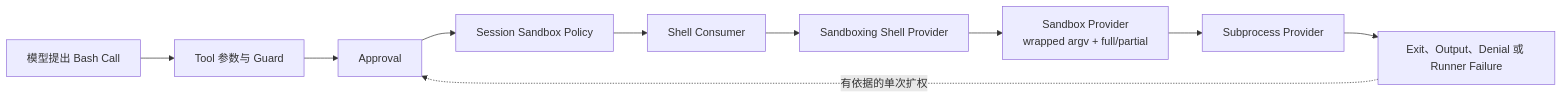
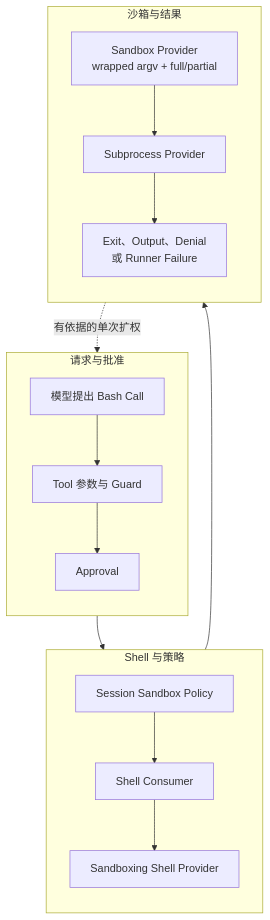
One commit to specialpointcentral/harness changed the third of 3 diagrams in docs/harness-survey/27_deepseek_harness.md. Above: the diagram before and after it, drawn with Mermaid. The commit also changed other lines of this file and 18 other files, not shown here.

First line of the commit message:
docs: improve diagram layouts and tidy supporting files

````diff
--- a/docs/harness-survey/27_deepseek_harness.md
+++ b/docs/harness-survey/27_deepseek_harness.md
@@ -142,15 +159,27 @@
 ```mermaid
-flowchart LR
-  Q[模型提出 Bash Call]
-  V[Tool 参数与 Guard]
-  A[Approval]
-  P[Session Sandbox Policy]
-  H[Shell Consumer]
-  B[Sandboxing Shell Provider]
-  S[Sandbox Provider<br/>wrapped argv + full/partial]
-  X[Subprocess Provider]
-  O[Exit、Output、Denial 或 Runner Failure]
-
-  Q --> V --> A --> P --> H --> B --> S --> X --> O
+flowchart TB
+  subgraph CALL[请求与批准]
+    direction TB
+    Q[模型提出 Bash Call]
+    V[Tool 参数与 Guard]
+    A[Approval]
+    Q --> V --> A
+  end
+  subgraph SHELL[Shell 与策略]
+    direction TB
+    P[Session Sandbox Policy]
+    H[Shell Consumer]
+    B[Sandboxing Shell Provider]
+    P --> H --> B
+  end
+  subgraph RESULT[沙箱与结果]
+    direction TB
+    S[Sandbox Provider<br/>wrapped argv + full/partial]
+    X[Subprocess Provider]
+    O[Exit、Output、Denial<br/>或 Runner Failure]
+    S --> X --> O
+  end
+  A --> P
+  B --> S
   O -.有依据的单次扩权.-> A
 ```
````
